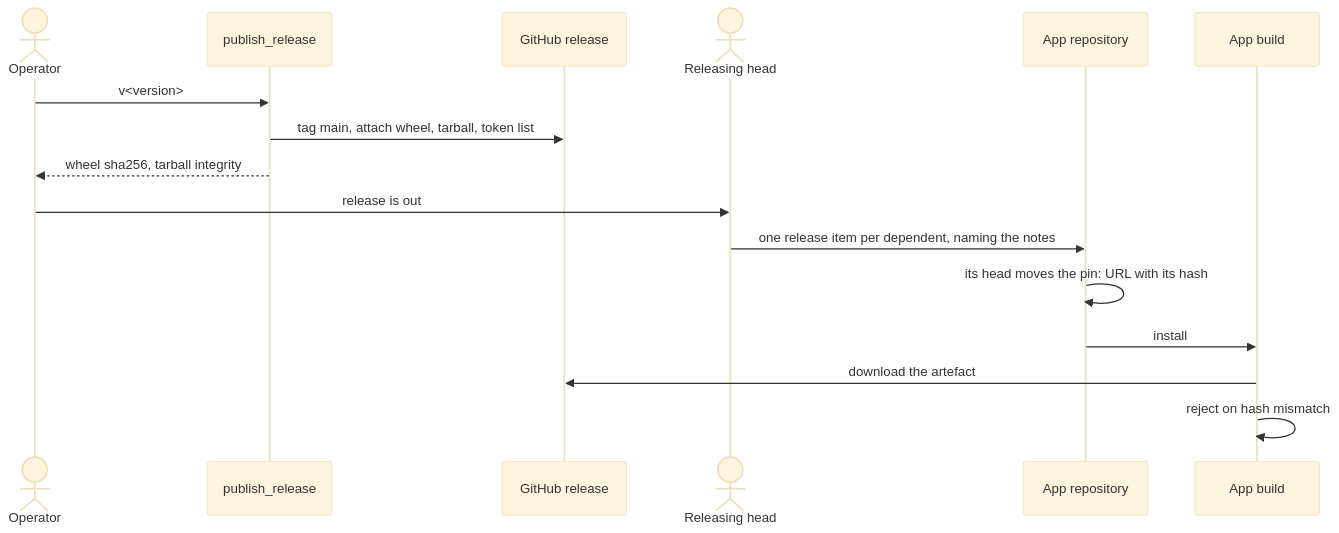
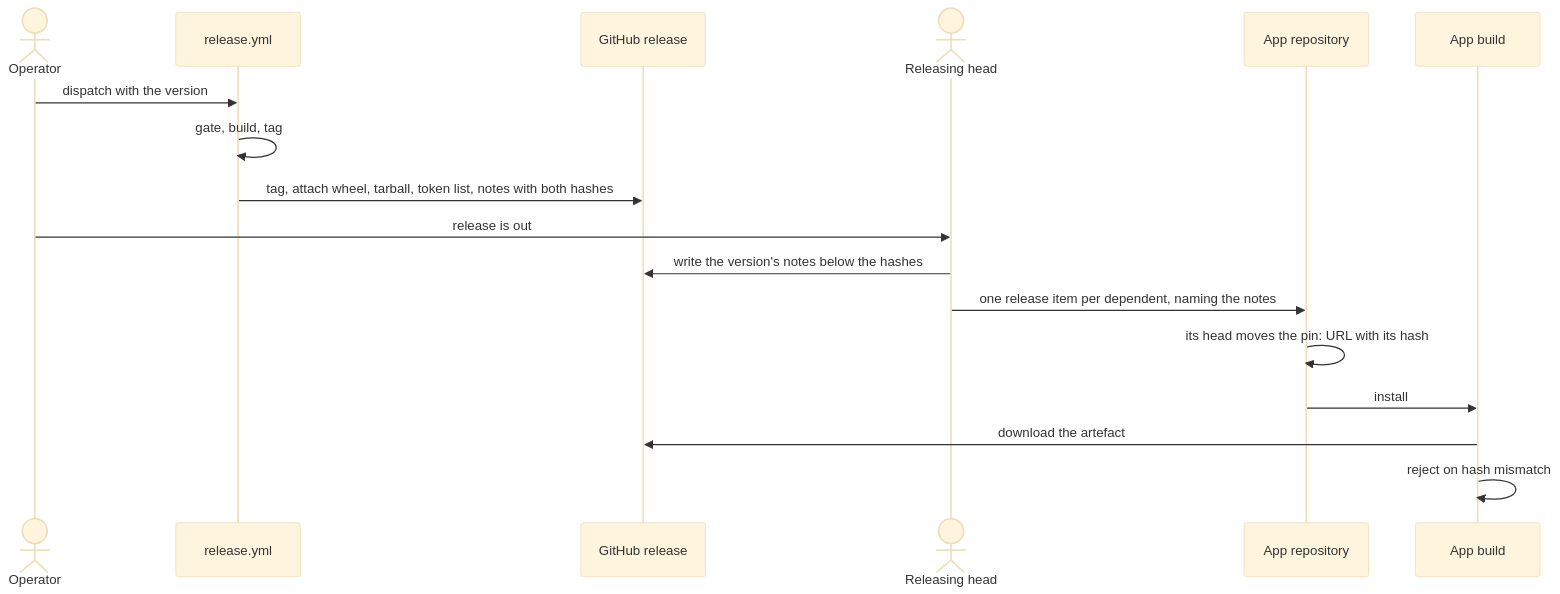
The third of 3 diagrams in docs/ARCHITECTURE.md (overnightworks/appkit), drawn with Mermaid (base theme) before and after one commit. The commit also changed other lines of this file and 6 other files, not shown here.

````diff
--- a/docs/ARCHITECTURE.md
+++ b/docs/ARCHITECTURE.md
@@ -62,18 +62,19 @@
 ```mermaid
 sequenceDiagram
   actor Op as Operator
-  participant Pub as publish_release
+  participant Rel as release.yml
   participant GH as GitHub release
   actor Head as Releasing head
   participant App as App repository
   participant Build as App build
-  Op->>Pub: v<version>
-  Pub->>GH: tag main, attach wheel, tarball, token list
-  Pub-->>Op: wheel sha256, tarball integrity
+  Op->>Rel: dispatch with the version
+  Rel->>Rel: gate, build, tag
+  Rel->>GH: tag, attach wheel, tarball, token list, notes with both hashes
   Op->>Head: release is out
+  Head->>GH: write the version's notes below the hashes
   Head->>App: one release item per dependent, naming the notes
   App->>App: its head moves the pin: URL with its hash
   App->>Build: install
   Build->>GH: download the artefact
   Build->>Build: reject on hash mismatch
 ```
````
